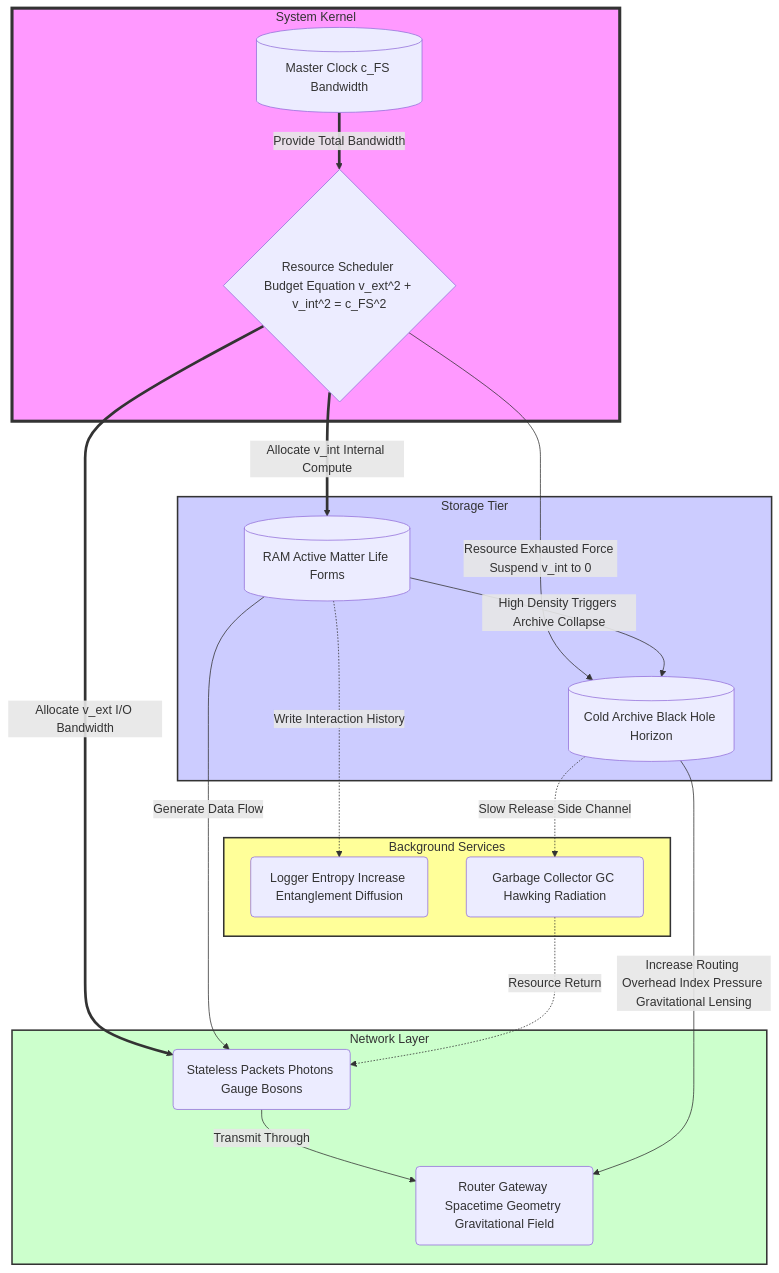
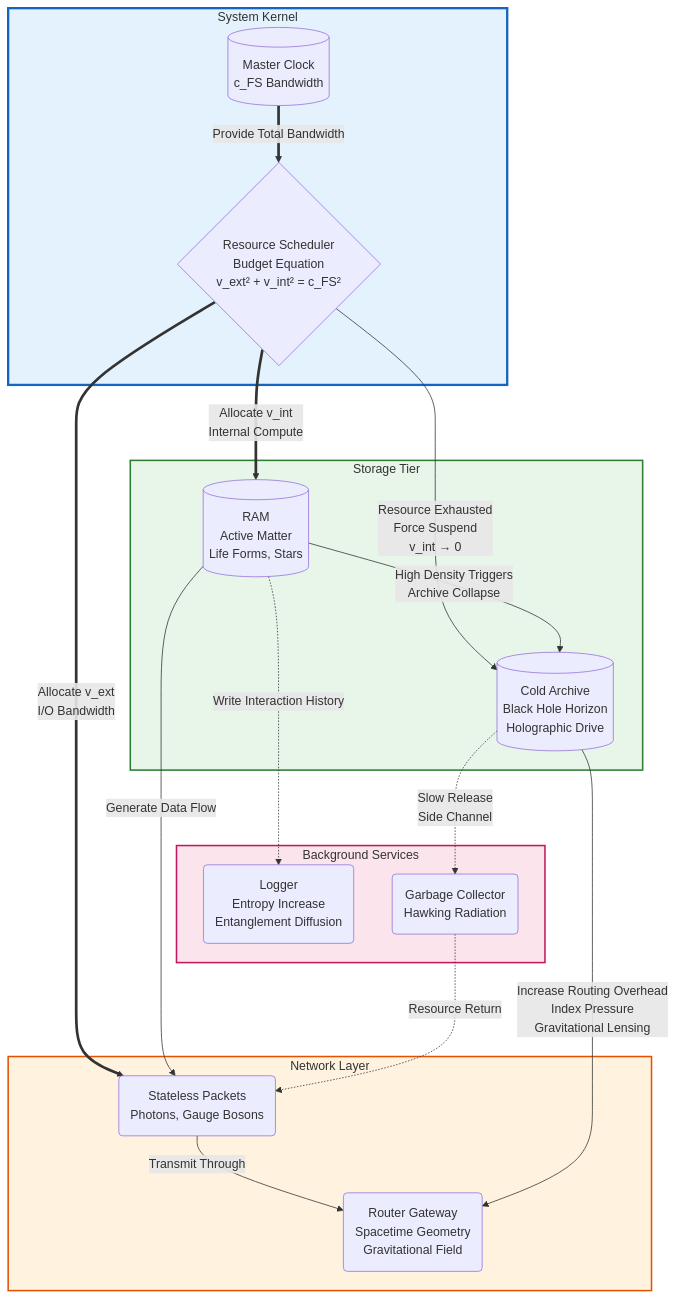
One commit to loning/the-omega changed the first of 5 diagrams in docs/books/book-matrix-source-code-of-universe/appendices/appendix-e-01-the-universe-kernel-architecture-diagram_en.md. Above: the diagram before and after it, drawn with Mermaid. The commit also changed other lines of this file and 1 other file, not shown here.

````diff
--- a/docs/books/book-matrix-source-code-of-universe/appendices/appendix-e-01-the-universe-kernel-architecture-diagram_en.md
+++ b/docs/books/book-matrix-source-code-of-universe/appendices/appendix-e-01-the-universe-kernel-architecture-diagram_en.md
@@ -27,97 +29,42 @@
 ```mermaid
 graph TD
-
-    %% --- Core Definitions ---
-
     subgraph Kernel ["System Kernel"]
-
-        style Kernel fill:#f9f,stroke:#333,stroke-width:4px
-
-        MasterClock[("Master Clock c_FS Bandwidth")]
-
-        Scheduler{"Resource Scheduler Budget Equation v_ext^2 + v_int^2 = c_FS^2"}
-
+        style Kernel fill:#E3F2FD,stroke:#1565C0,stroke-width:3px
+        MasterClock[("Master Clock<br/>c_FS Bandwidth")]
+        Scheduler{"Resource Scheduler<br/>Budget Equation<br/>v_ext² + v_int² = c_FS²"}
     end
 
-
-
-    %% --- Storage Tier ---
-
     subgraph StorageTier ["Storage Tier"]
-
-        style StorageTier fill:#ccf,stroke:#333,stroke-width:2px
-
-        RAM[("RAM Active Matter Life Forms")]
-
-        ColdStorage[("Cold Archive Black Hole Horizon")]
-
+        style StorageTier fill:#E8F5E9,stroke:#2E7D32,stroke-width:2px
+        RAM[("RAM<br/>Active Matter<br/>Life Forms, Stars")]
+        ColdStorage[("Cold Archive<br/>Black Hole Horizon<br/>Holographic Drive")]
     end
 
-
-
-    %% --- Network Layer ---
-
     subgraph NetworkLayer ["Network Layer"]
-
-        style NetworkLayer fill:#cfc,stroke:#333,stroke-width:2px
-
-        DataPackets(Stateless Packets Photons Gauge Bosons)
-
-        Router("Router Gateway Spacetime Geometry Gravitational Field")
-
+        style NetworkLayer fill:#FFF3E0,stroke:#E65100,stroke-width:2px
+        DataPackets("Stateless Packets<br/>Photons, Gauge Bosons")
+        Router("Router Gateway<br/>Spacetime Geometry<br/>Gravitational Field")
     end
 
-
-
-    %% --- Background Services ---
-
     subgraph BackgroundServices ["Background Services"]
-
-        style BackgroundServices fill:#ff9,stroke:#333,stroke-width:2px
-
-        Logger(Logger Entropy Increase Entanglement Diffusion)
-
-        GC(Garbage Collector GC Hawking Radiation)
-
+        style BackgroundServices fill:#FCE4EC,stroke:#C2185B,stroke-width:2px
+        Logger("Logger<br/>Entropy Increase<br/>Entanglement Diffusion")
+        GC("Garbage Collector<br/>Hawking Radiation")
     end
 
+    MasterClock ==>|"Provide Total Bandwidth"| Scheduler
 
-
-    %% --- Core Flow Connections ---
-
-
-
-    MasterClock ==>|Provide Total Bandwidth| Scheduler
-
-
-
-    Scheduler ==>|Allocate v_int Internal Compute| RAM
-
-    Scheduler ==>|Allocate v_ext I/O Bandwidth| DataPackets
-
-    Scheduler --"Resource Exhausted Force Suspend v_int to 0"--> ColdStorage
-
-
+    Scheduler ==>|"Allocate v_int<br/>Internal Compute"| RAM
+    Scheduler ==>|"Allocate v_ext<br/>I/O Bandwidth"| DataPackets
+    Scheduler --"Resource Exhausted<br/>Force Suspend<br/>v_int → 0"--> ColdStorage
 
     RAM --"Generate Data Flow"--> DataPackets
-
-    RAM --"High Density Triggers Archive Collapse"--> ColdStorage
-
-
+    RAM --"High Density Triggers<br/>Archive Collapse"--> ColdStorage
 
     DataPackets --"Transmit Through"--> Router
+    ColdStorage --"Increase Routing Overhead<br/>Index Pressure<br/>Gravitational Lensing"--> Router
 
-    ColdStorage --"Increase Routing Overhead Index Pressure Gravitational Lensing"--> Router
-
-
-
-    RAM -.->|Write Interaction History| Logger
-
-    ColdStorage -.->|Slow Release Side Channel| GC
-
-    GC -.->|Resource Return| DataPackets
-
-
-
-    %% --- Style Definitions ---
+    RAM -.->|"Write Interaction History"| Logger
+    ColdStorage -.->|"Slow Release<br/>Side Channel"| GC
+    GC -.->|"Resource Return"| DataPackets
 ```
````
